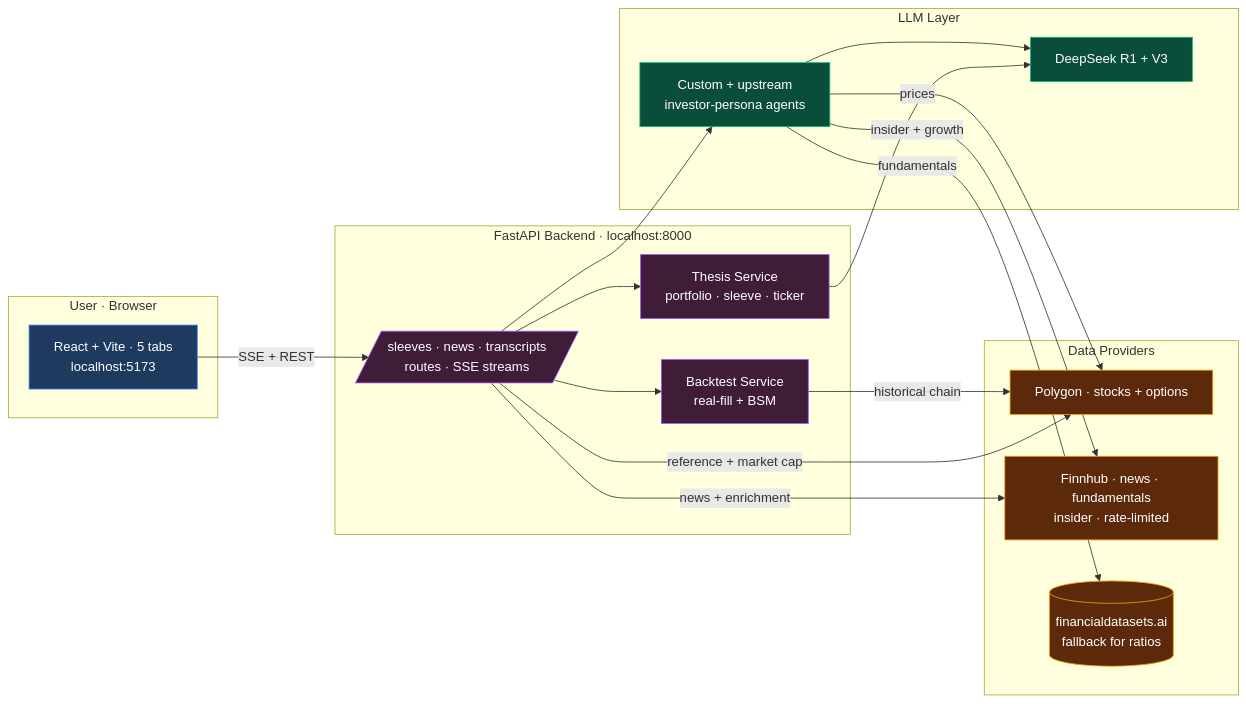
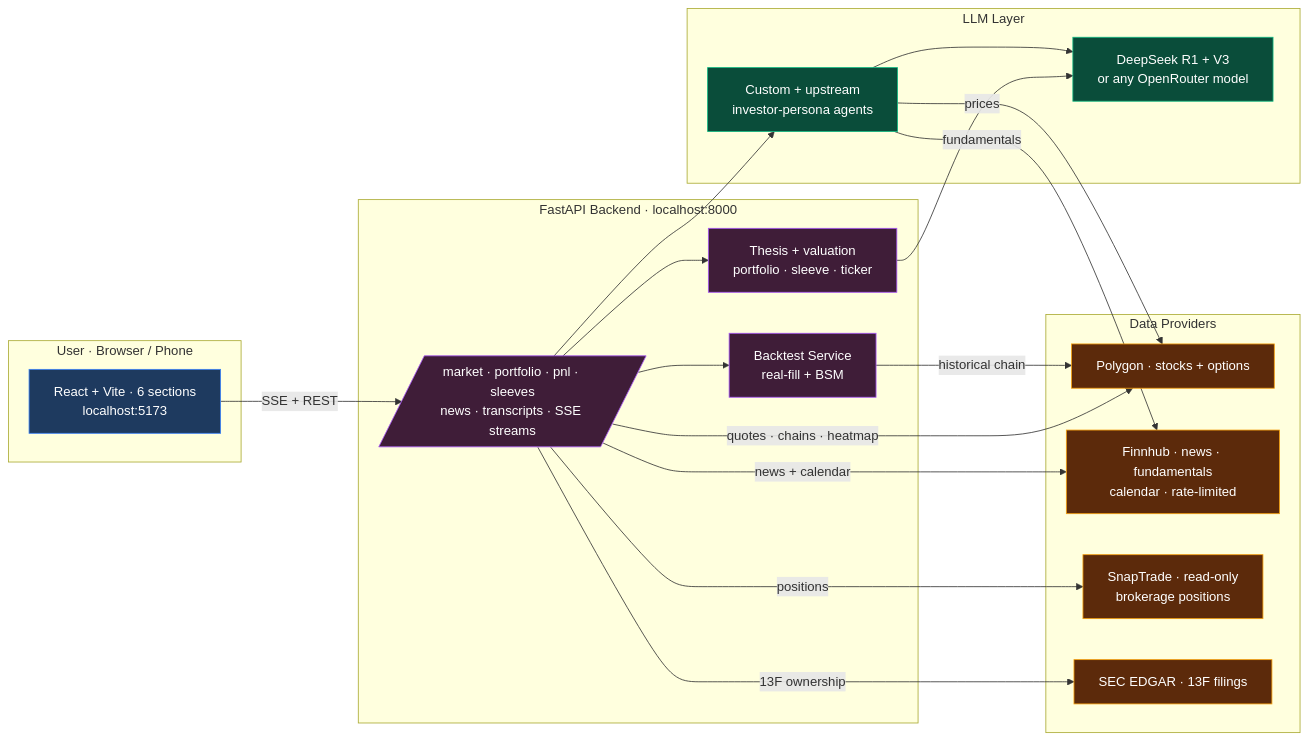
The diagram in README.md (ronitg1/alpha-terminal), drawn with Mermaid before and after one commit. The commit also changed other lines of this file and 13 other files, not shown here.

````diff
--- a/README.md
+++ b/README.md
@@ -253,45 +222,47 @@
 ```mermaid
 flowchart LR
-  subgraph User["User · Browser"]
-    UI[React + Vite · 5 tabs<br/>localhost:5173]
+  subgraph User["User · Browser / Phone"]
+    UI[React + Vite · 6 sections<br/>localhost:5173]
   end
 
   subgraph Backend["FastAPI Backend · localhost:8000"]
-    Routes[/sleeves · news · transcripts<br/>routes · SSE streams/]
-    ThesisSvc[Thesis Service<br/>portfolio · sleeve · ticker]
+    Routes[/market · portfolio · pnl · sleeves<br/>news · transcripts · SSE streams/]
+    ThesisSvc[Thesis + valuation<br/>portfolio · sleeve · ticker]
     BacktestSvc[Backtest Service<br/>real-fill + BSM]
   end
 
   subgraph LLM["LLM Layer"]
-    DS[DeepSeek R1 + V3]
+    DS[DeepSeek R1 + V3<br/>or any OpenRouter model]
     Agents[Custom + upstream<br/>investor-persona agents]
   end
 
   subgraph Data["Data Providers"]
     PG[Polygon · stocks + options]
-    FH[Finnhub · news · fundamentals<br/>insider · rate-limited]
-    FDS[(financialdatasets.ai<br/>fallback for ratios)]
+    FH[Finnhub · news · fundamentals<br/>calendar · rate-limited]
+    ST[SnapTrade · read-only<br/>brokerage positions]
+    ED[SEC EDGAR · 13F filings]
   end
 
   UI -->|SSE + REST| Routes
   Routes --> ThesisSvc
   Routes --> BacktestSvc
   Routes --> Agents
   Agents --> DS
   ThesisSvc --> DS
   Agents -->|prices| PG
-  Agents -->|fundamentals| FDS
-  Agents -->|insider + growth| FH
-  Routes -->|news + enrichment| FH
+  Agents -->|fundamentals| FH
+  Routes -->|news + calendar| FH
+  Routes -->|positions| ST
+  Routes -->|13F ownership| ED
   BacktestSvc -->|historical chain| PG
-  Routes -->|reference + market cap| PG
+  Routes -->|quotes · chains · heatmap| PG
 
   classDef user fill:#1e3a5f,stroke:#3b82f6,color:#fff
   classDef backend fill:#3f1d38,stroke:#a855f7,color:#fff
   classDef llm fill:#0a4d3a,stroke:#10b981,color:#fff
   classDef data fill:#5c2a0b,stroke:#f59e0b,color:#fff
   class UI user
   class Routes,ThesisSvc,BacktestSvc backend
   class DS,Agents llm
-  class PG,FH,FDS data
+  class PG,FH,ST,ED data
 ```
````
